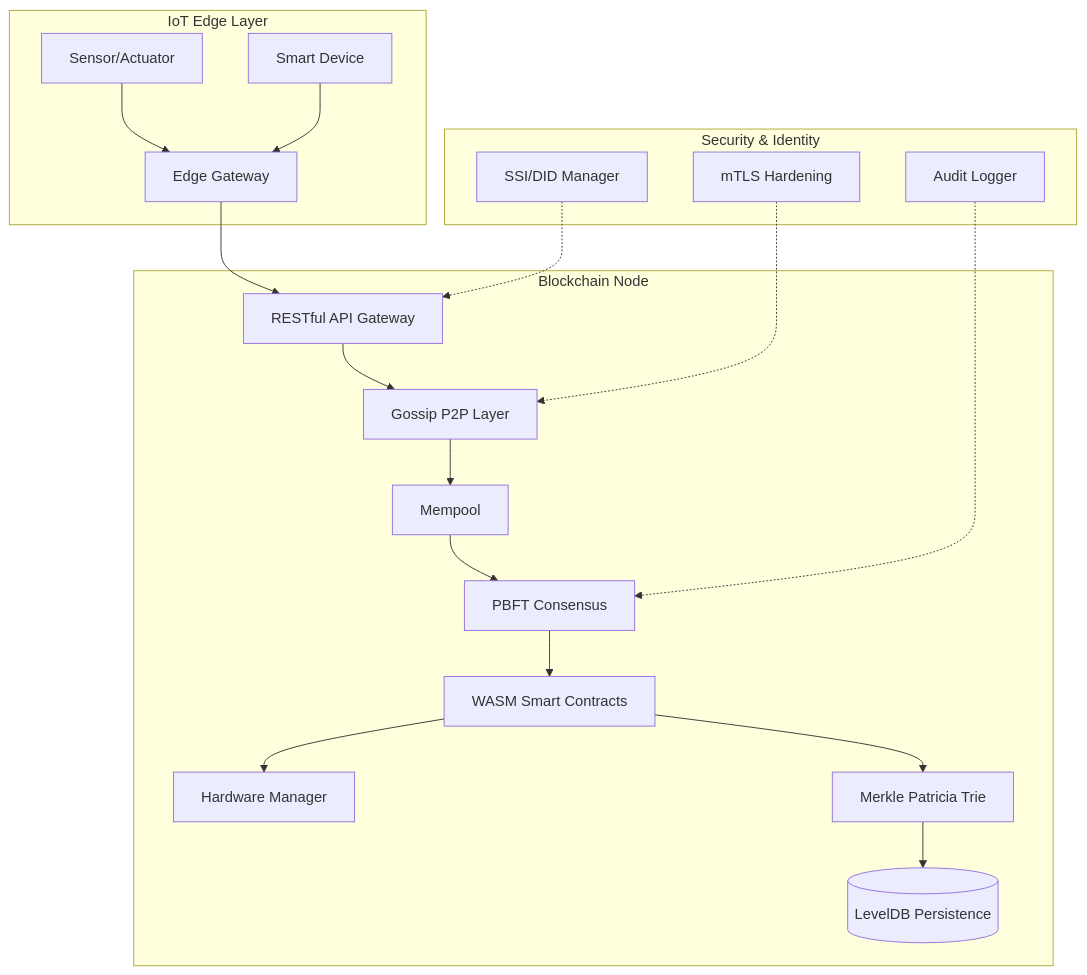
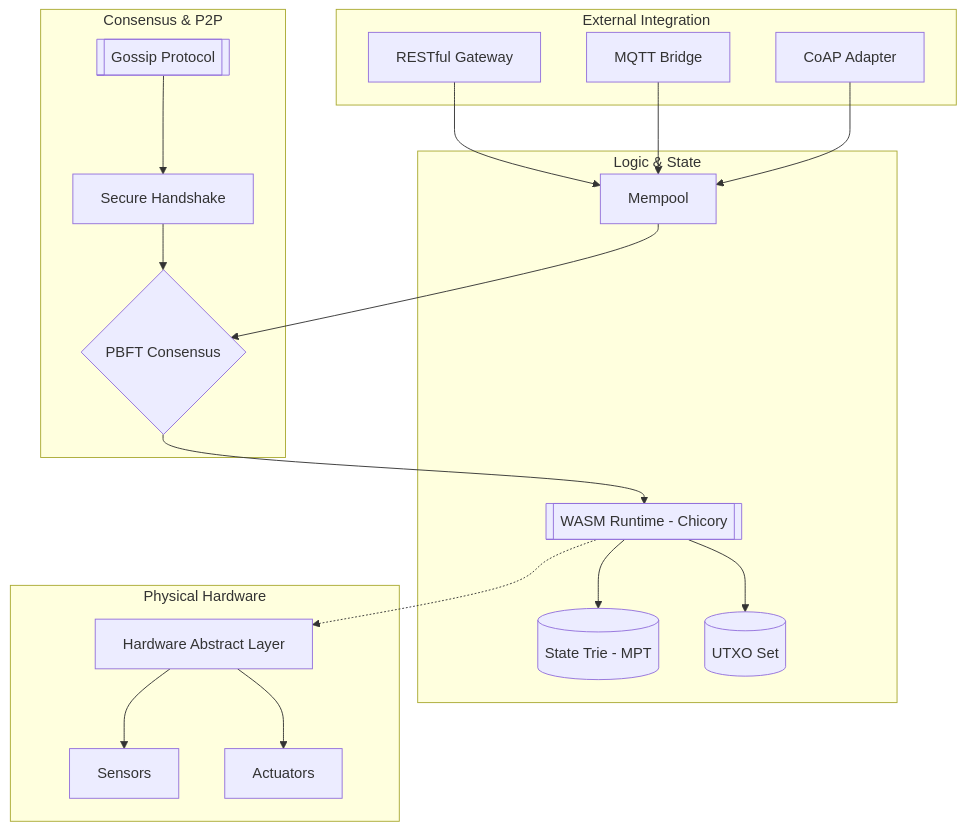
The first of 2 diagrams in README.md (marcamgad/Blockchain), drawn with Mermaid before and after one commit. The commit also changed other lines of this file and 227 other files, not shown here.

````diff
--- a/README.md
+++ b/README.md
@@ -20,24 +23,37 @@
 ```mermaid
 graph TD
-    subgraph "IoT Edge Layer"
-        D1[Sensor/Actuator] --> EG[Edge Gateway]
-        D2[Smart Device] --> EG
+    subgraph "External Integration"
+        API[RESTful Gateway]
+        MQTT[MQTT Bridge]
+        CoAP[CoAP Adapter]
     end
 
-    subgraph "Blockchain Node"
-        EG --> API[RESTful API Gateway]
-        API --> P2P[Gossip P2P Layer]
-        P2P --> MEM[Mempool]
-        MEM --> CONS[PBFT Consensus]
-        CONS --> WASM[WASM Smart Contracts]
-        WASM --> HW[Hardware Manager]
-        WASM --> MPT[Merkle Patricia Trie]
-        MPT --> LDB[(LevelDB Persistence)]
+    subgraph "Logic & State"
+        WASM[[WASM Runtime - Chicory]]
+        MPT[(State Trie - MPT)]
+        UTXO[(UTXO Set)]
+        MEM[Mempool]
     end
 
-    subgraph "Security & Identity"
-        SSI[SSI/DID Manager] -.-> API
-        mTLS[mTLS Hardening] -.-> P2P
-        Audit[Audit Logger] -.-> CONS
+    subgraph "Consensus & P2P"
+        PBFT{PBFT Consensus}
+        GOSSIP[[Gossip Protocol]]
+        mTLS[Secure Handshake]
     end
+
+    subgraph "Physical Hardware"
+        HAL[Hardware Abstract Layer]
+        SENS[Sensors]
+        ACT[Actuators]
+    end
+
+    %% Connections
+    API & MQTT & CoAP --> MEM
+    MEM --> PBFT
+    PBFT --> WASM
+    WASM --> MPT & UTXO
+    WASM -.-> HAL
+    HAL --> SENS & ACT
+    GOSSIP --> mTLS
+    mTLS --> PBFT
 ```
````
